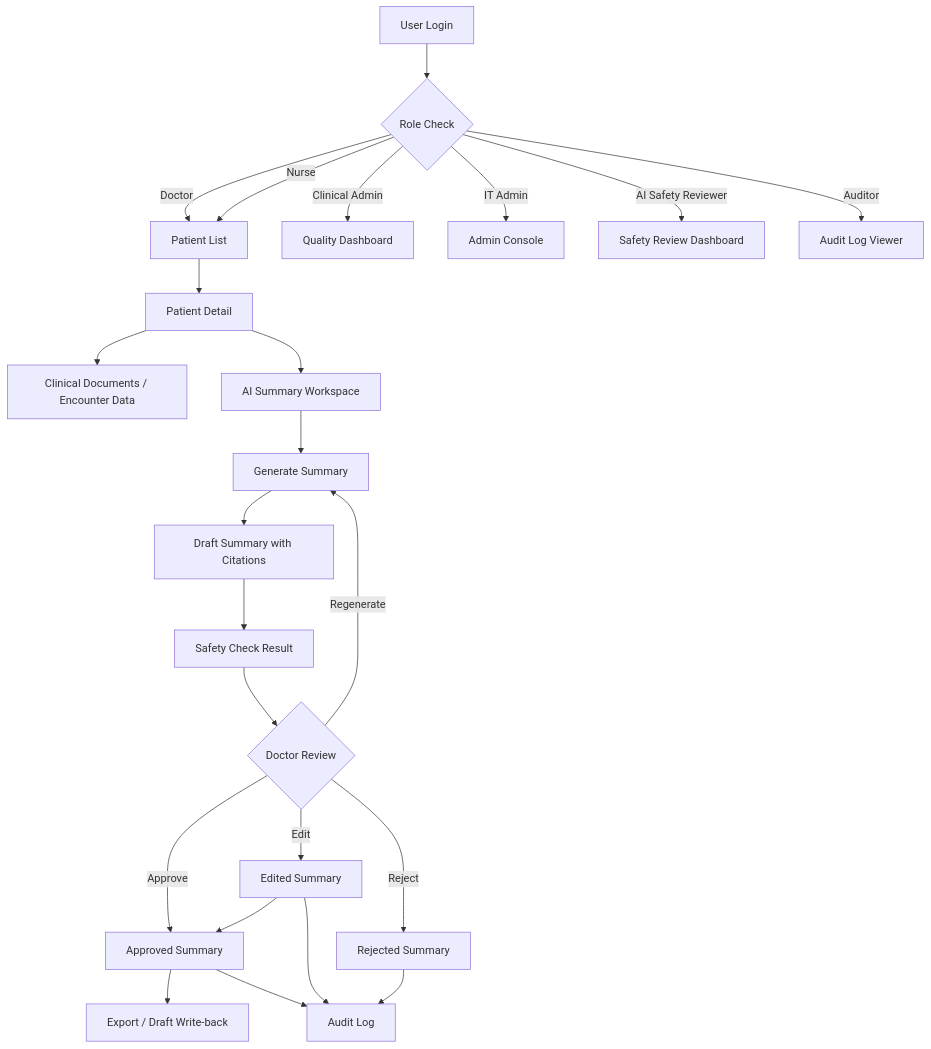
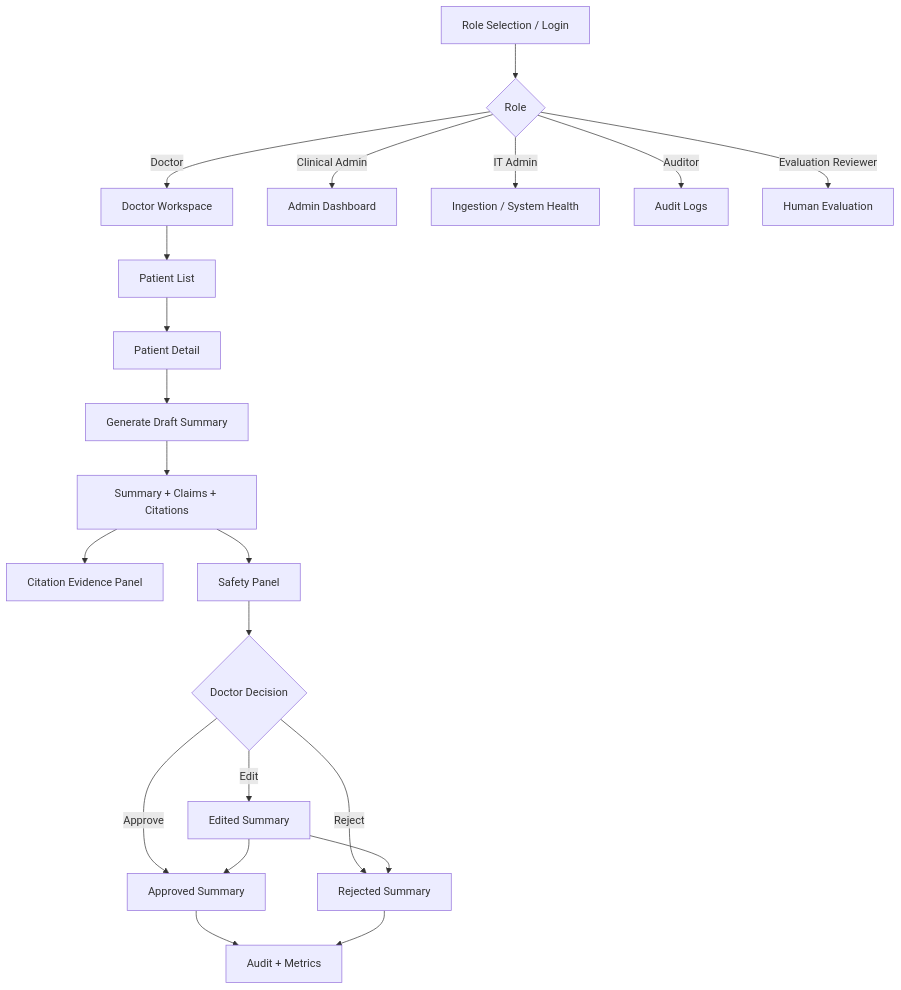
One commit to 104221795/Medical_Record_Summarization changed the first of 2 diagrams in docs/8.USER_FLOW.md. Above: the diagram before and after it, drawn with Mermaid. The commit also changed other lines of this file and 16 other files, not shown here.

````diff
--- a/docs/8.USER_FLOW.md
+++ b/docs/8.USER_FLOW.md
@@ -63,28 +63,23 @@
 ```mermaid
 flowchart TD
-    A[User Login] --> B{Role Check}
-    B -->|Doctor| C[Patient List]
-    B -->|Nurse| C
-    B -->|Clinical Admin| D[Quality Dashboard]
-    B -->|IT Admin| E[Admin Console]
-    B -->|AI Safety Reviewer| F[Safety Review Dashboard]
-    B -->|Auditor| G[Audit Log Viewer]
-
-    C --> H[Patient Detail]
-    H --> I[Clinical Documents / Encounter Data]
-    H --> J[AI Summary Workspace]
-    J --> K[Generate Summary]
-    K --> L[Draft Summary with Citations]
-    L --> M[Safety Check Result]
-    M --> N{Doctor Review}
-    N -->|Approve| O[Approved Summary]
-    N -->|Edit| P[Edited Summary]
-    P --> O
+    A[Role Selection / Login] --> B{Role}
+    B -->|Doctor| C[Doctor Workspace]
+    B -->|Clinical Admin| D[Admin Dashboard]
+    B -->|IT Admin| E[Ingestion / System Health]
+    B -->|Auditor| F[Audit Logs]
+    B -->|Evaluation Reviewer| G[Human Evaluation]
+    C --> H[Patient List]
+    H --> I[Patient Detail]
+    I --> J[Generate Draft Summary]
+    J --> K[Summary + Claims + Citations]
+    K --> L[Citation Evidence Panel]
+    K --> M[Safety Panel]
+    M --> N{Doctor Decision}
+    N -->|Edit| O[Edited Summary]
+    N -->|Approve| P[Approved Summary]
     N -->|Reject| Q[Rejected Summary]
-    N -->|Regenerate| K
-
-    O --> R[Export / Draft Write-back]
-    O --> S[Audit Log]
-    Q --> S
-    P --> S
+    O --> P
+    O --> Q
+    P --> R[Audit + Metrics]
+    Q --> R
 ```
````
